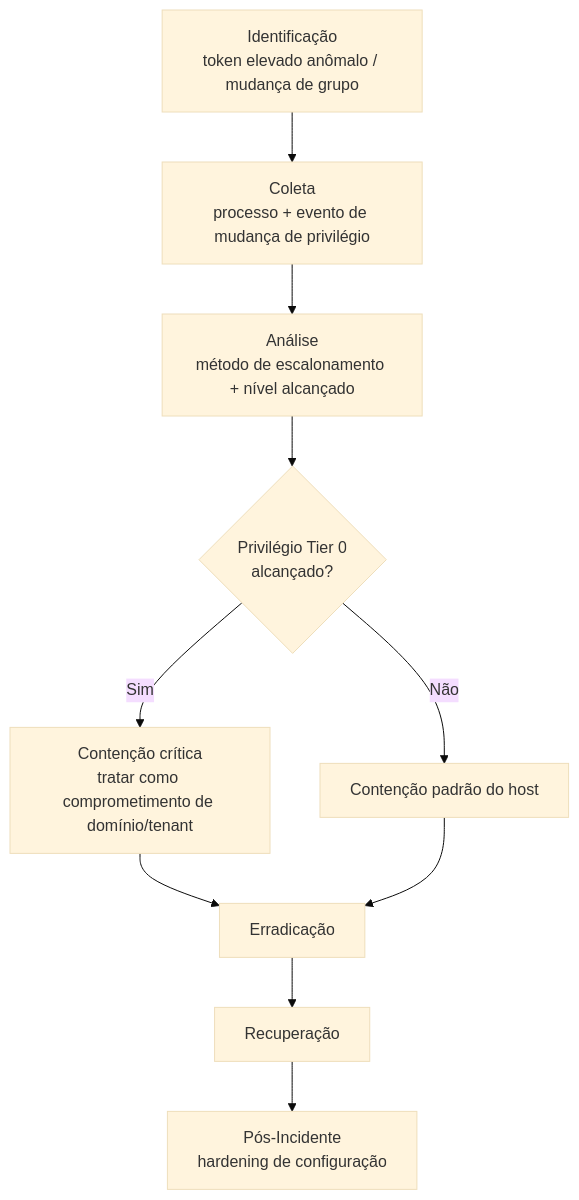
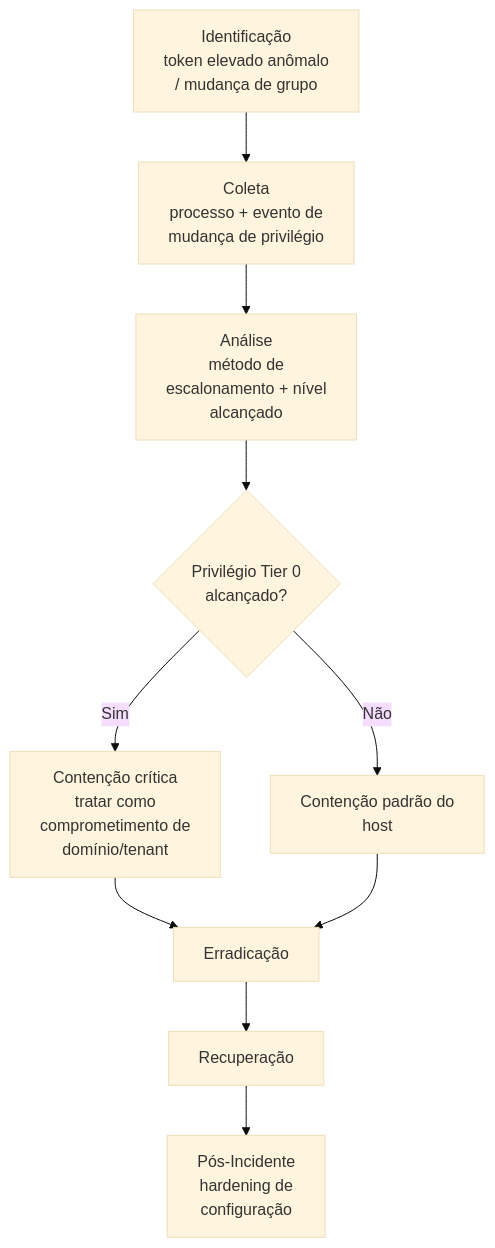
Before and after one commit to LuucasVerdun/Cyber-Attack-Analysis-Framework: the diagram in Attack-Categories/Privilege-Escalation/README.md, drawn with Mermaid (base theme). The commit also changed 28 other files, not shown here.

````diff
--- a/Attack-Categories/Privilege-Escalation/README.md
+++ b/Attack-Categories/Privilege-Escalation/README.md
@@ -45,12 +45,12 @@
 ```mermaid
 flowchart TD
-    A[Identificação<br/>token elevado anômalo / mudança de grupo] --> B[Coleta<br/>processo + evento de mudança de privilégio]
-    B --> C[Análise<br/>método de escalonamento + nível alcançado]
+    A[Identificação<br/>token elevado anômalo<br/>/ mudança de grupo] --> B[Coleta<br/>processo + evento de<br/>mudança de privilégio]
+    B --> C[Análise<br/>método de<br/>escalonamento + nível<br/>alcançado]
     C --> D{Privilégio Tier 0<br/>alcançado?}
-    D -->|Sim| E[Contenção crítica<br/>tratar como comprometimento de domínio/tenant]
-    D -->|Não| F[Contenção padrão do host]
+    D -->|Sim| E[Contenção crítica<br/>tratar como<br/>comprometimento de<br/>domínio/tenant]
+    D -->|Não| F[Contenção padrão do<br/>host]
     E --> G[Erradicação]
     F --> G
     G --> H[Recuperação]
-    H --> I[Pós-Incidente<br/>hardening de configuração]
+    H --> I[Pós-Incidente<br/>hardening de<br/>configuração]
 ```
````
